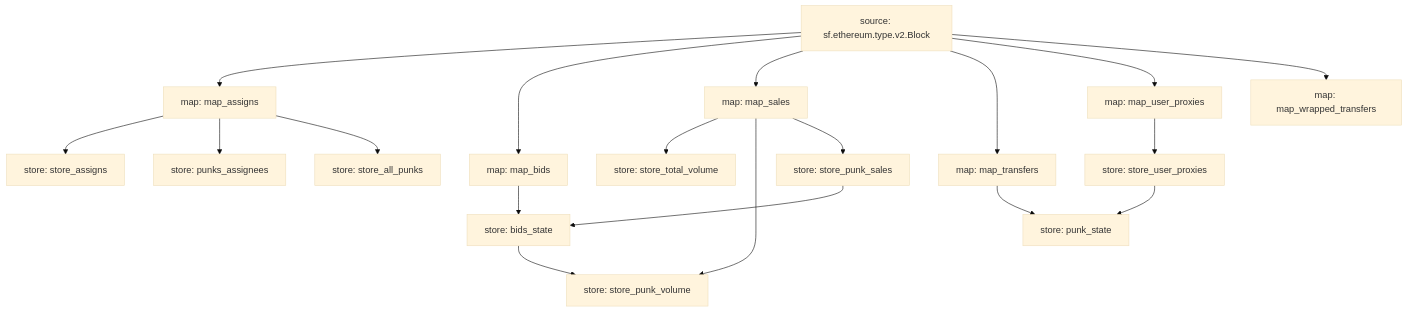
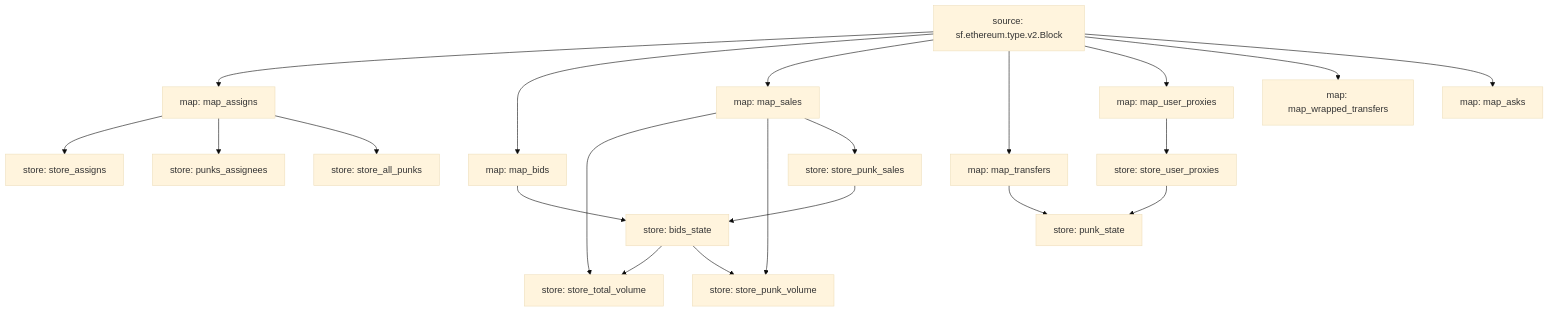
One commit to itsjerryokolo/cryptopunks_substreams changed the diagram in README.md. Above: the diagram before and after it, drawn with Mermaid (base theme). The commit also changed 5 other files, not shown here.

````diff
--- a/README.md
+++ b/README.md
@@ -3,36 +3,39 @@
 ```mermaid
 graph TD;
   map_assigns[map: map_assigns]
   sf.ethereum.type.v2.Block[source: sf.ethereum.type.v2.Block] --> map_assigns
   store_assigns[store: store_assigns]
   map_assigns --> store_assigns
   punks_assignees[store: punks_assignees]
   map_assigns --> punks_assignees
   map_bids[map: map_bids]
   sf.ethereum.type.v2.Block[source: sf.ethereum.type.v2.Block] --> map_bids
   bids_state[store: bids_state]
   map_bids --> bids_state
   store_punk_sales --> bids_state
   store_all_punks[store: store_all_punks]
   map_assigns --> store_all_punks
   store_total_volume[store: store_total_volume]
   map_sales --> store_total_volume
+  bids_state --> store_total_volume
   store_punk_volume[store: store_punk_volume]
   map_sales --> store_punk_volume
   bids_state --> store_punk_volume
   store_punk_sales[store: store_punk_sales]
   map_sales --> store_punk_sales
   map_sales[map: map_sales]
   sf.ethereum.type.v2.Block[source: sf.ethereum.type.v2.Block] --> map_sales
   map_transfers[map: map_transfers]
   sf.ethereum.type.v2.Block[source: sf.ethereum.type.v2.Block] --> map_transfers
   punk_state[store: punk_state]
   map_transfers --> punk_state
   store_user_proxies --> punk_state
   map_user_proxies[map: map_user_proxies]
   sf.ethereum.type.v2.Block[source: sf.ethereum.type.v2.Block] --> map_user_proxies
   map_wrapped_transfers[map: map_wrapped_transfers]
   sf.ethereum.type.v2.Block[source: sf.ethereum.type.v2.Block] --> map_wrapped_transfers
   store_user_proxies[store: store_user_proxies]
   map_user_proxies --> store_user_proxies
+  map_asks[map: map_asks]
+  sf.ethereum.type.v2.Block[source: sf.ethereum.type.v2.Block] --> map_asks
 ```
````
